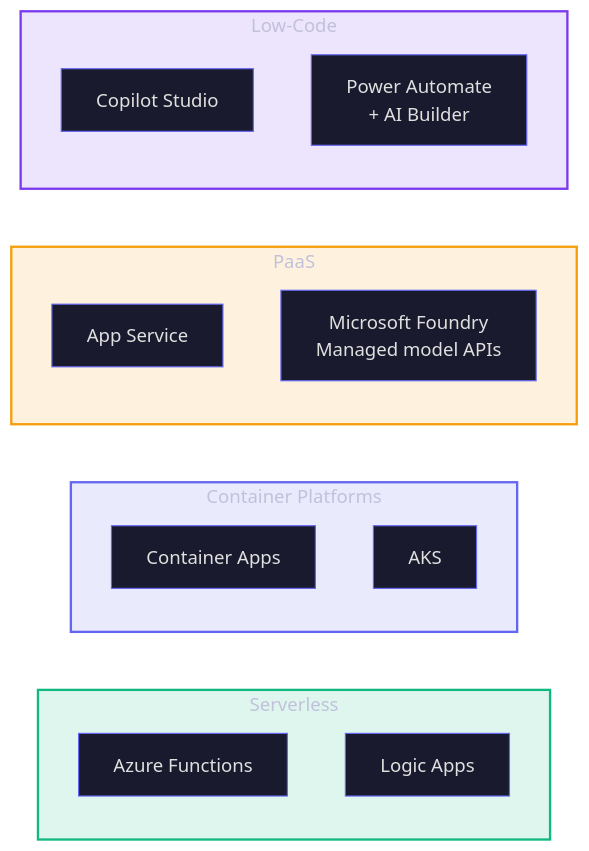
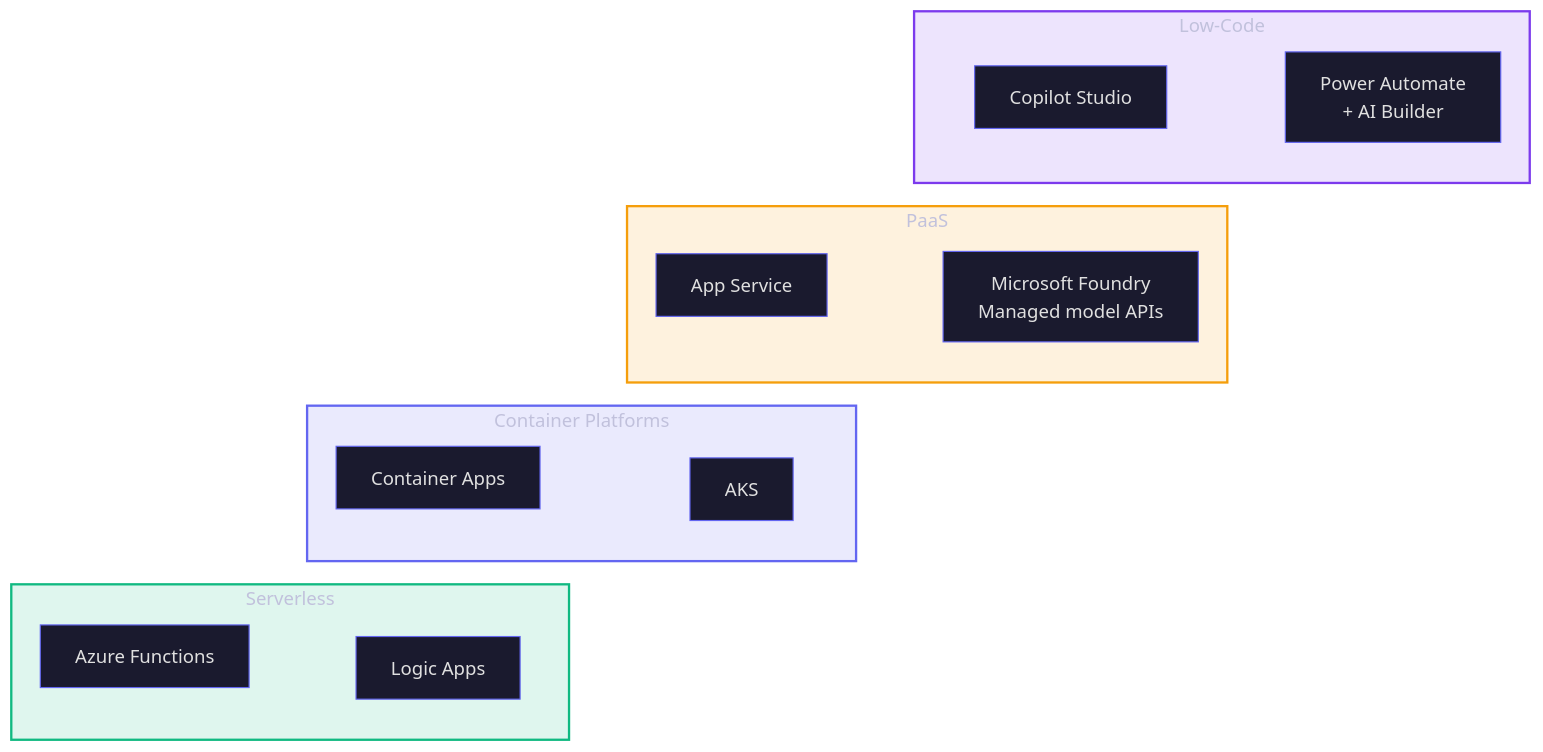
One commit to frootai/frootai changed the third of 9 diagrams in docs/T3-Production-Patterns.md. Above: the diagram before and after it, drawn with Mermaid. The commit also changed other lines of this file and 15 other files, not shown here.

Commit message:
docs: harden learning module diagrams

````diff
--- a/docs/T3-Production-Patterns.md
+++ b/docs/T3-Production-Patterns.md
@@ -147,28 +153,34 @@
 ```mermaid
 %%{init: {'theme': 'base', 'themeVariables': {'primaryColor': '#1a1a2e', 'primaryTextColor': '#e0e0e0', 'primaryBorderColor': '#6366f1', 'lineColor': '#818cf8', 'background': 'transparent'}}}%%
 graph LR
     subgraph SERVERLESS["Serverless"]
         S1["Azure Functions"]
         S2["Logic Apps"]
     end
     
     subgraph CONTAINER["Container Platforms"]
         C1["Container Apps"]
         C2["AKS"]
     end
     
     subgraph PAAS["PaaS"]
         P1["App Service"]
         P2["Microsoft Foundry<br/>Managed model APIs"]
     end
     
     subgraph LOW_CODE["Low-Code"]
         L1["Copilot Studio"]
         L2["Power Automate<br/>+ AI Builder"]
     end
+
+    S1 ~~~ S2
+    C1 ~~~ C2
+    P1 ~~~ P2
+    L1 ~~~ L2
+    S1 ~~~ C1 ~~~ P1 ~~~ L1
     
     style SERVERLESS fill:#10b98122,stroke:#10b981,stroke-width:2px
     style CONTAINER fill:#6366f122,stroke:#6366f1,stroke-width:2px
     style PAAS fill:#f59e0b22,stroke:#f59e0b,stroke-width:2px
     style LOW_CODE fill:#7c3aed22,stroke:#7c3aed,stroke-width:2px
 ```
````
